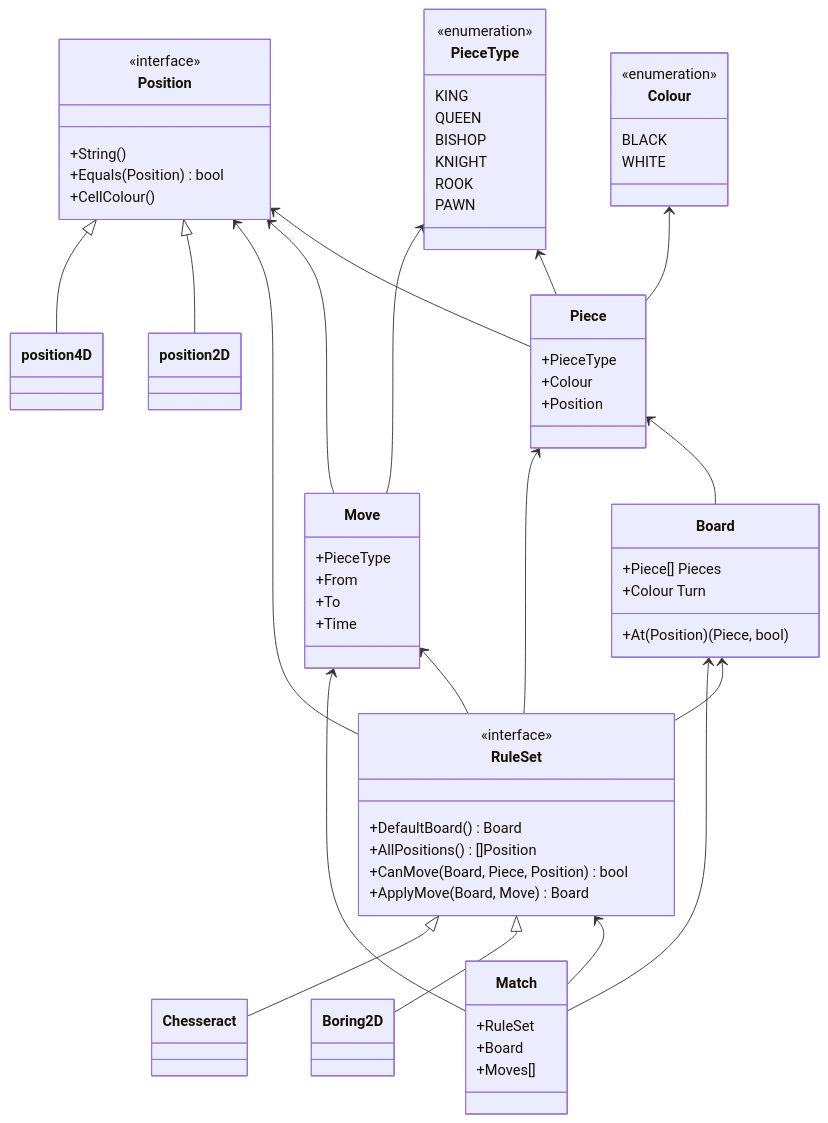
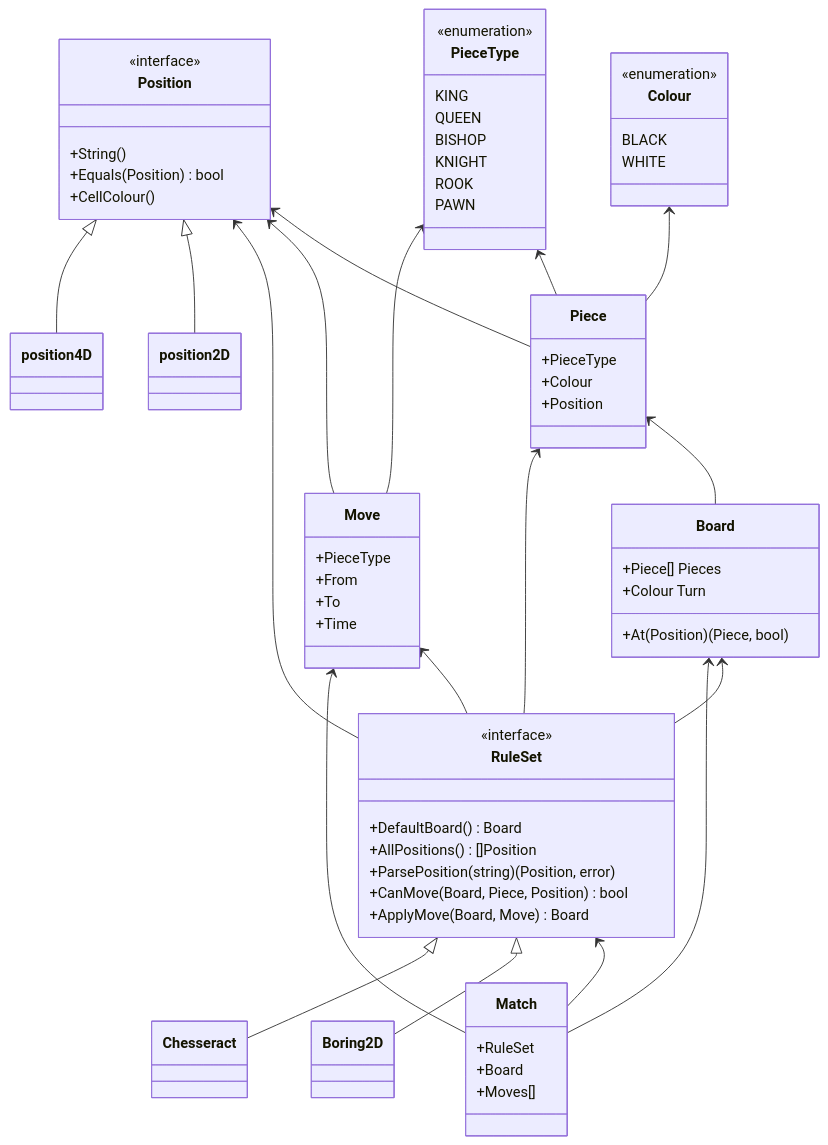
One commit to thijzert/chesseract changed the diagram in doc/domain-model/chesseract.mermaid. Above: the diagram before and after it, drawn with Mermaid. The commit also changed 6 other files, not shown here.

```diff
--- a/doc/domain-model/chesseract.mermaid
+++ b/doc/domain-model/chesseract.mermaid
@@ -1,97 +1,96 @@
 classDiagram
 
 	class PieceType{
 		<<enumeration>>
 		KING
 		QUEEN
 		BISHOP
 		KNIGHT
 		ROOK
 		PAWN
 	}
 
 	class Colour{
 		<<enumeration>>
 		BLACK
 		WHITE
 	}
 
 	class Position{
 		<<interface>>
 		+String()
 		+Equals(Position) bool
 		+CellColour()
 	}
 
 	class Piece{
 		+PieceType
 		+Colour
 		+Position
 	}
 
 	PieceType <-- Piece
 	Colour <-- Piece
 	Position <-- Piece
 
 	class Board{
 		+Piece[] Pieces
 		+Colour Turn
 		+At(Position) (Piece, bool)
 	}
 
 	Piece <-- Board
 
 	class Move {
 		+PieceType
 		+From
 		+To
 		+Time
 	}
 
 	PieceType <-- Move
 	Position <-- Move
 
 	class RuleSet {
 		<<interface>>
 
 		+DefaultBoard() Board
 		+AllPositions() []Position
+		+ParsePosition(string) (Position, error)
 
 		+CanMove(Board, Piece, Position) bool
 		+ApplyMove(Board, Move) Board
 	}
 
 	Board <-- RuleSet
 	Piece <-- RuleSet
 	Position <-- RuleSet
 	Move <-- RuleSet
 
 	class Match {
 		+RuleSet
 		+Board
 		+Moves[]
 	}
 
 	RuleSet <-- Match
 	Board <-- Match
 	Move <-- Match
 
 
 	class Boring2D {
 	}
 	class Chesseract {
 	}
 
 	RuleSet <|-- Boring2D
 	RuleSet <|-- Chesseract
 
 
-
-
 	class position2D {
 	}
 	class position4D {
 	}
 
 	Position <|-- position2D
 	Position <|-- position4D
```
